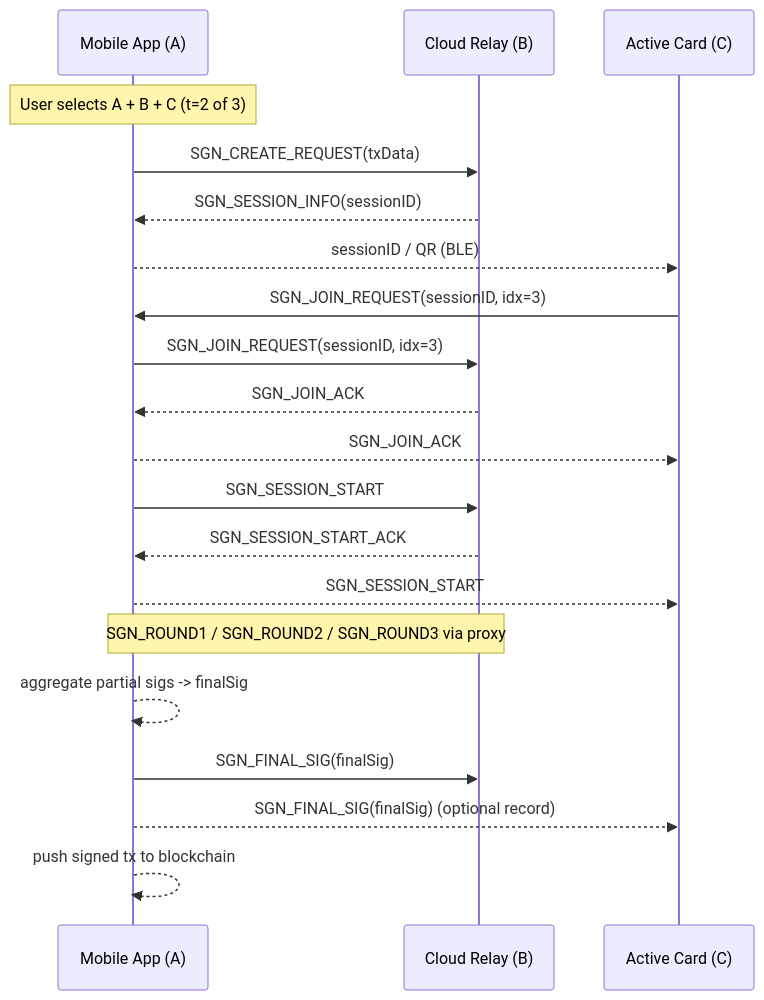
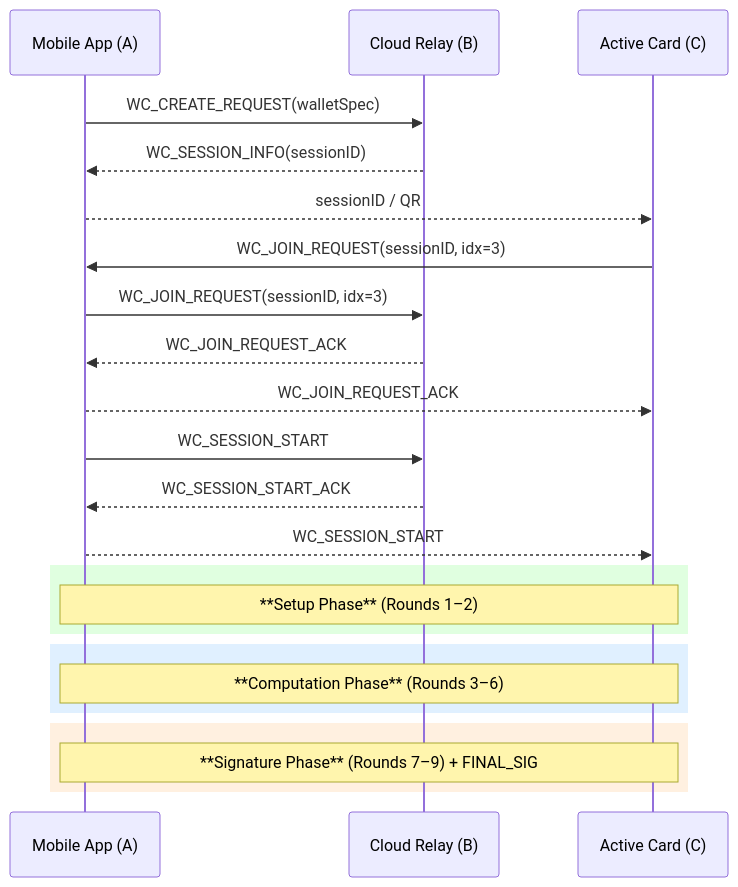
Before and after one commit to Cramiumlabs/activecard-android-sdk: the first of 4 diagrams in docs/ActiveCard_BLE_Signing_Flow.md, drawn with Mermaid. The commit also changed other lines of this file, not shown here.

````diff
--- a/docs/ActiveCard_BLE_Signing_Flow.md
+++ b/docs/ActiveCard_BLE_Signing_Flow.md
@@ -49,36 +56,34 @@
 ```mermaid
 sequenceDiagram
     participant Mi as Mobile App (A)
     participant S  as Cloud Relay (B)
     participant Pi as Active Card (C)
 
-    %% 0. Party selection
-    Note over Mi: User selects A + B + C (t=2 of 3)
+    %% 0. Create wallet request
+    Mi->>S: WC_CREATE_REQUEST(walletSpec)
+    S-->>Mi: WC_SESSION_INFO(sessionID)
+    Mi-->>Pi: sessionID / QR
 
-    %% 1. Create signing session
-    Mi->>S: SGN_CREATE_REQUEST(txData)
-    S-->>Mi: SGN_SESSION_INFO(sessionID)
-    Mi-->>Pi: sessionID / QR (BLE)
+    %% 1. Join phase
+    Pi->>Mi: WC_JOIN_REQUEST(sessionID, idx=3)
+    Mi->>S: WC_JOIN_REQUEST(sessionID, idx=3)
+    S-->>Mi: WC_JOIN_REQUEST_ACK
+    Mi-->>Pi: WC_JOIN_REQUEST_ACK
 
-    %% 2. Join phase
-    Pi->>Mi: SGN_JOIN_REQUEST(sessionID, idx=3)
-    Mi->>S: SGN_JOIN_REQUEST(sessionID, idx=3)
-    S-->>Mi: SGN_JOIN_ACK
-    Mi-->>Pi: SGN_JOIN_ACK
+    %% 2. Session start
+    Mi->>S: WC_SESSION_START
+    S-->>Mi: WC_SESSION_START_ACK
+    Mi-->>Pi: WC_SESSION_START
 
-    %% 3. Session start
-    Mi->>S: SGN_SESSION_START
-    S-->>Mi: SGN_SESSION_START_ACK
-    Mi-->>Pi: SGN_SESSION_START
+    %% Phase blocks (collapsed)
+    rect rgb(224,255,224)
+        Note over Mi,Pi: **Setup Phase** (Rounds 1–2)
+    end
+    rect rgb(224,240,255)
+        Note over Mi,Pi: **Computation Phase** (Rounds 3–6)
+    end
+    rect rgb(255,240,224)
+        Note over Mi,Pi: **Signature Phase** (Rounds 7–9) + FINAL_SIG
+    end
 
-    %% 4. MPC signing rounds
-    Note over Mi,S: SGN_ROUND1 / SGN_ROUND2 / SGN_ROUND3 via proxy
-
-    %% 5. Aggregate & broadcast signature
-    Mi-->>Mi: aggregate partial sigs -> finalSig
-    Mi->>S: SGN_FINAL_SIG(finalSig)
-    Mi-->>Pi: SGN_FINAL_SIG(finalSig)  (optional record)
-
-    %% 6. Submit to chain
-    Mi-->>Mi: push signed tx to blockchain
 ```
````
